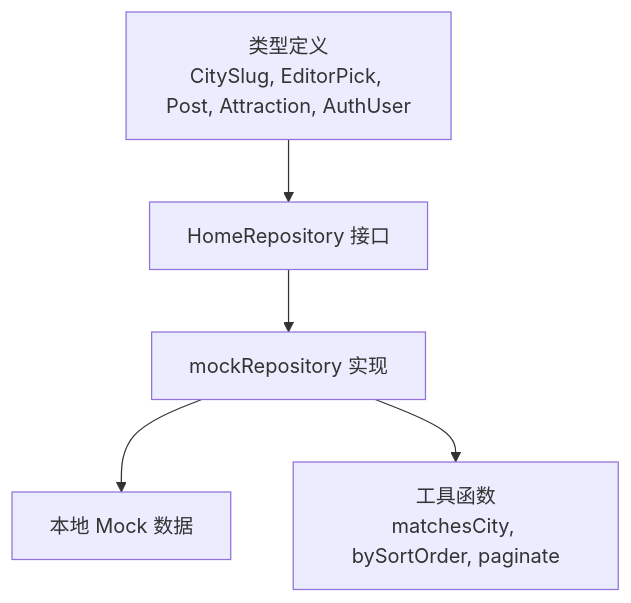
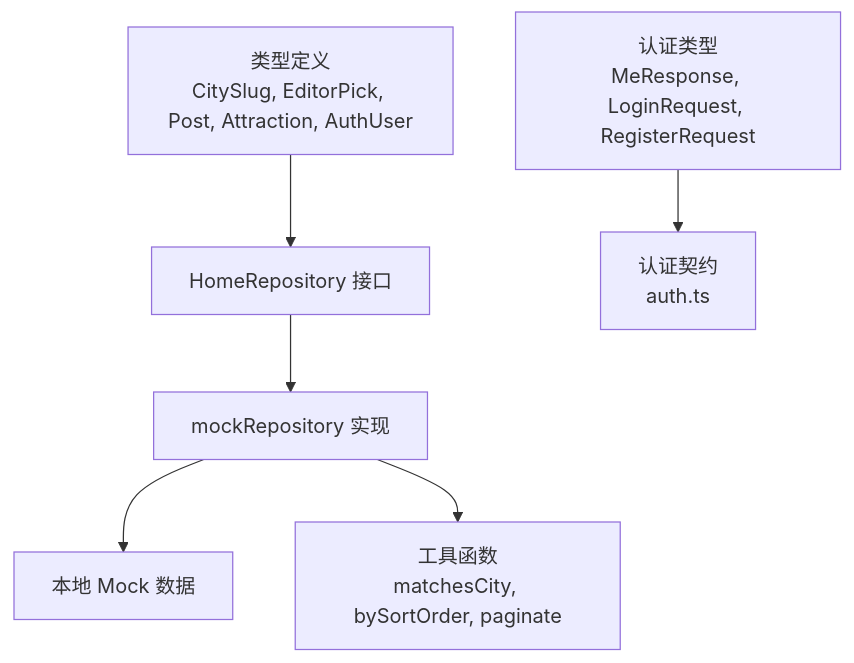
The seventh of 12 diagrams in .qoder/repowiki/zh/content/前端开发/前端开发.md (luyitiger6/my-first-project), drawn with Mermaid before and after one commit. The commit also changed other lines of this file and 54 other files, not shown here.

````diff
--- a/.qoder/repowiki/zh/content/前端开发/前端开发.md
+++ b/.qoder/repowiki/zh/content/前端开发/前端开发.md
@@ -352,7 +390,8 @@
 ```mermaid
 flowchart TD
 Types["类型定义<br/>CitySlug, EditorPick, Post, Attraction, AuthUser"] --> Repository["HomeRepository 接口"]
 Repository --> MockRepository["mockRepository 实现"]
 MockRepository --> MockData["本地 Mock 数据"]
 MockRepository --> Utils["工具函数<br/>matchesCity, bySortOrder, paginate"]
+AuthTypes["认证类型<br/>MeResponse, LoginRequest, RegisterRequest"] --> AuthContracts["认证契约<br/>auth.ts"]
 ```
````
